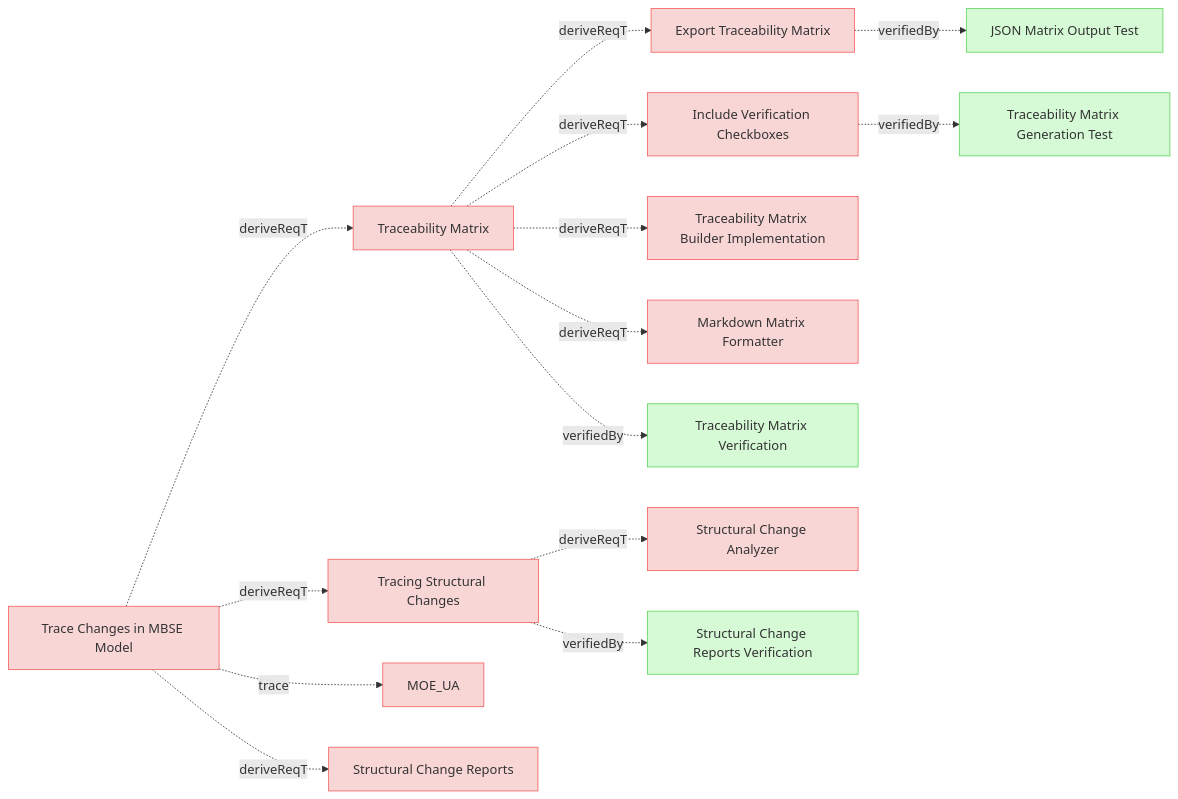
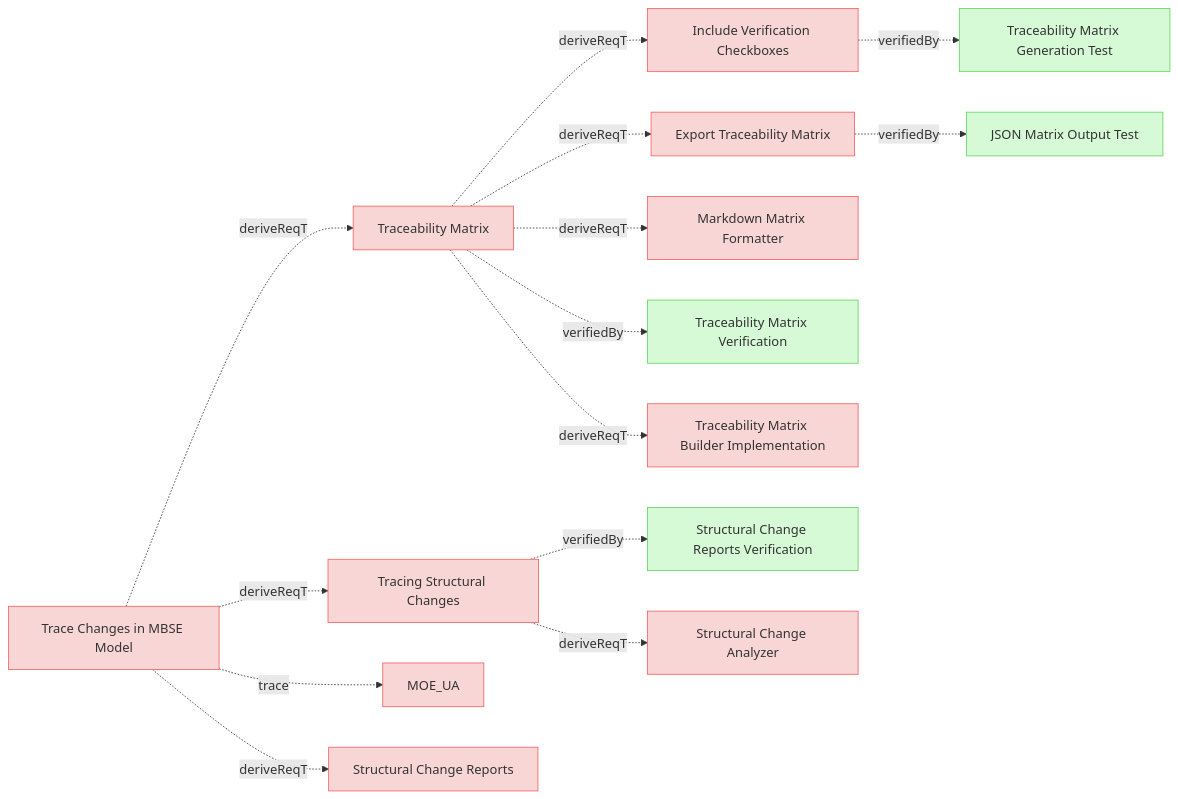
The sixth of 9 diagrams in specifications/UserRequirements.md (reqvire-org/reqvire), drawn with Mermaid before and after one commit. The commit also changed other lines of this file and 34 other files, not shown here.

````diff
--- a/specifications/UserRequirements.md
+++ b/specifications/UserRequirements.md
@@ -824,65 +824,65 @@
 ```mermaid
 graph LR;
   %% REQVIRE-AUTOGENERATED-DIAGRAM
   %% Graph styling
   classDef requirement fill:#f9d6d6,stroke:#f55f5f,stroke-width:1px;
   classDef verification fill:#d6f9d6,stroke:#5fd75f,stroke-width:1px;
   classDef externalLink fill:#d0e0ff,stroke:#3080ff,stroke-width:1px;
   classDef default fill:#f5f5f5,stroke:#333333,stroke-width:1px;
 
+  6d32b919c82784b7["Include Verification Checkboxes"];
+  class 6d32b919c82784b7 requirement;
+  click 6d32b919c82784b7 "UserRequirements.md#include-verification-checkboxes";
+  aa85c85e7c41d899["Traceability Matrix Generation Test"];
+  class aa85c85e7c41d899 verification;
+  click aa85c85e7c41d899 "Verifications/TreacibilityMatrix.md#traceability-matrix-generation-test";
+  6d32b919c82784b7 -.->|verifiedBy| aa85c85e7c41d899;
   7de9a55d6102af23["Export Traceability Matrix"];
   class 7de9a55d6102af23 requirement;
   click 7de9a55d6102af23 "UserRequirements.md#export-traceability-matrix";
   50c290277850dd17["JSON Matrix Output Test"];
   class 50c290277850dd17 verification;
   click 50c290277850dd17 "Verifications/TreacibilityMatrix.md#json-matrix-output-test";
   7de9a55d6102af23 -.->|verifiedBy| 50c290277850dd17;
-  6d32b919c82784b7["Include Verification Checkboxes"];
-  class 6d32b919c82784b7 requirement;
-  click 6d32b919c82784b7 "UserRequirements.md#include-verification-checkboxes";
-  aa85c85e7c41d899["Traceability Matrix Generation Test"];
-  class aa85c85e7c41d899 verification;
-  click aa85c85e7c41d899 "Verifications/TreacibilityMatrix.md#traceability-matrix-generation-test";
-  6d32b919c82784b7 -.->|verifiedBy| aa85c85e7c41d899;
   4e30ea0930dc9c26["Traceability Matrix"];
   class 4e30ea0930dc9c26 requirement;
   click 4e30ea0930dc9c26 "UserRequirements.md#traceability-matrix";
+  4e30ea0930dc9c26 -.->|deriveReqT| 6d32b919c82784b7;
+  1b7491b67a792bc9["Markdown Matrix Formatter"];
+  class 1b7491b67a792bc9 requirement;
+  click 1b7491b67a792bc9 "SystemRequirements/Requirements.md#markdown-matrix-formatter";
+  4e30ea0930dc9c26 -.->|deriveReqT| 1b7491b67a792bc9;
   4e30ea0930dc9c26 -.->|deriveReqT| 7de9a55d6102af23;
-  4e30ea0930dc9c26 -.->|deriveReqT| 6d32b919c82784b7;
+  11c3285e74c8d60b["Traceability Matrix Verification"];
+  class 11c3285e74c8d60b verification;
+  click 11c3285e74c8d60b "Verifications/ChangeImpactTests.md#traceability-matrix-verification";
+  4e30ea0930dc9c26 -.->|verifiedBy| 11c3285e74c8d60b;
   b55d8517cd3e58["Traceability Matrix Builder Implementation"];
   class b55d8517cd3e58 requirement;
   click b55d8517cd3e58 "SystemRequirements/Requirements.md#traceability-matrix-builder-implementation";
   4e30ea0930dc9c26 -.->|deriveReqT| b55d8517cd3e58;
-  1b7491b67a792bc9["Markdown Matrix Formatter"];
-  class 1b7491b67a792bc9 requirement;
-  click 1b7491b67a792bc9 "SystemRequirements/Requirements.md#markdown-matrix-formatter";
-  4e30ea0930dc9c26 -.->|deriveReqT| 1b7491b67a792bc9;
-  11c3285e74c8d60b["Traceability Matrix Verification"];
-  class 11c3285e74c8d60b verification;
-  click 11c3285e74c8d60b "Verifications/ChangeImpactTests.md#traceability-matrix-verification";
-  4e30ea0930dc9c26 -.->|verifiedBy| 11c3285e74c8d60b;
   d7b7b13a5b8d96e1["Tracing Structural Changes"];
   class d7b7b13a5b8d96e1 requirement;
   click d7b7b13a5b8d96e1 "UserRequirements.md#tracing-structural-changes";
+  b0e8adb6596a35e7["Structural Change Reports Verification"];
+  class b0e8adb6596a35e7 verification;
+  click b0e8adb6596a35e7 "Verifications/ChangeImpactTests.md#structural-change-reports-verification";
+  d7b7b13a5b8d96e1 -.->|verifiedBy| b0e8adb6596a35e7;
   d34d7e14d2a235a2["Structural Change Analyzer"];
   class d34d7e14d2a235a2 requirement;
   click d34d7e14d2a235a2 "SystemRequirements/Requirements.md#structural-change-analyzer";
   d7b7b13a5b8d96e1 -.->|deriveReqT| d34d7e14d2a235a2;
-  b0e8adb6596a35e7["Structural Change Reports Verification"];
-  class b0e8adb6596a35e7 verification;
-  click b0e8adb6596a35e7 "Verifications/ChangeImpactTests.md#structural-change-reports-verification";
-  d7b7b13a5b8d96e1 -.->|verifiedBy| b0e8adb6596a35e7;
   5ef9c8ae19a9f55a["Trace Changes in MBSE Model"];
   class 5ef9c8ae19a9f55a requirement;
   click 5ef9c8ae19a9f55a "UserStories.md#trace-changes-in-mbse-model";
   2c5f30f14e792200["MOE_UA"];
   class 2c5f30f14e792200 requirement;
   click 2c5f30f14e792200 "MOEs.md#moe_ua";
   5ef9c8ae19a9f55a -.->|trace| 2c5f30f14e792200;
   5ef9c8ae19a9f55a -.->|deriveReqT| 4e30ea0930dc9c26;
   1908501a80db5c46["Structural Change Reports"];
   class 1908501a80db5c46 requirement;
   click 1908501a80db5c46 "UserRequirements.md#structural-change-reports";
   5ef9c8ae19a9f55a -.->|deriveReqT| 1908501a80db5c46;
   5ef9c8ae19a9f55a -.->|deriveReqT| d7b7b13a5b8d96e1;
 ```
````
